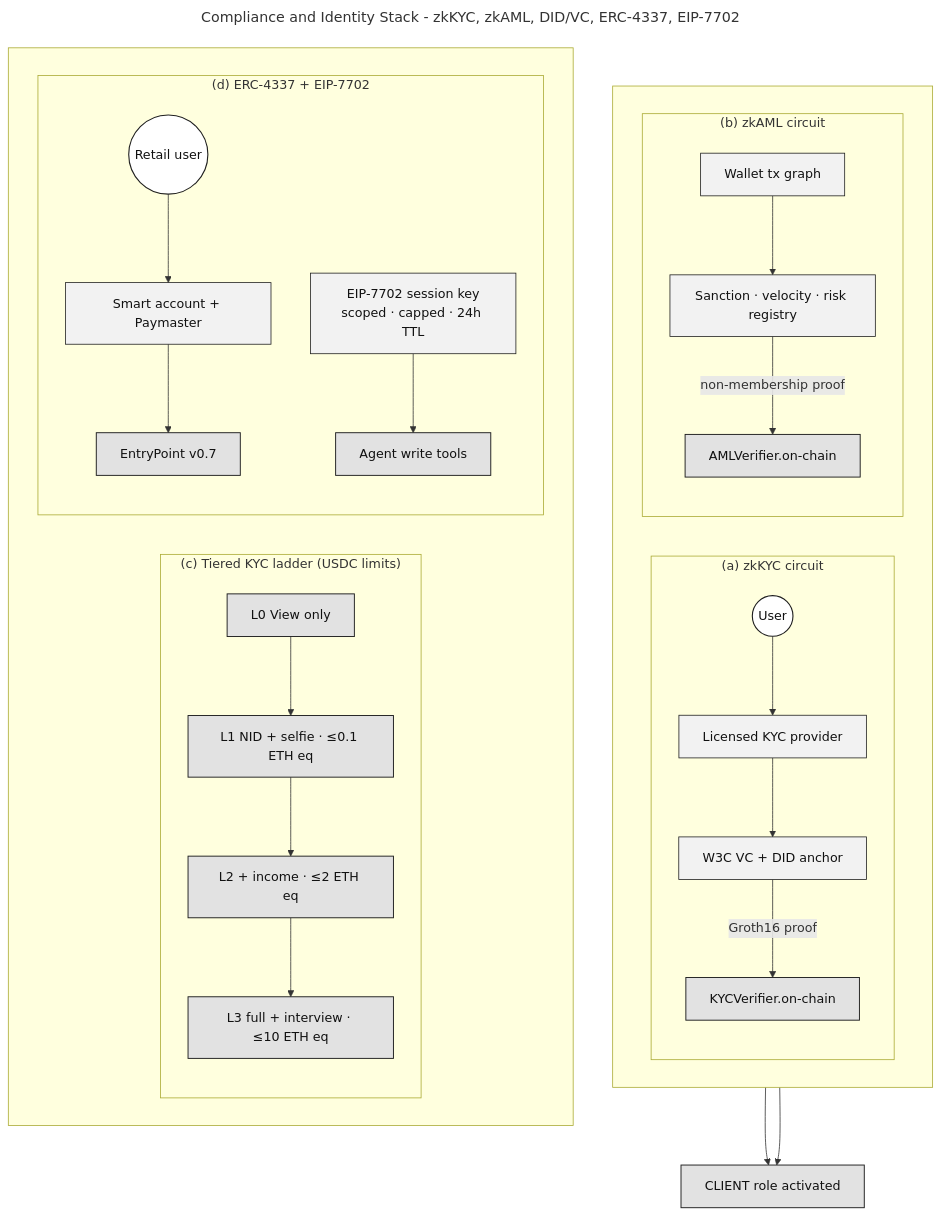
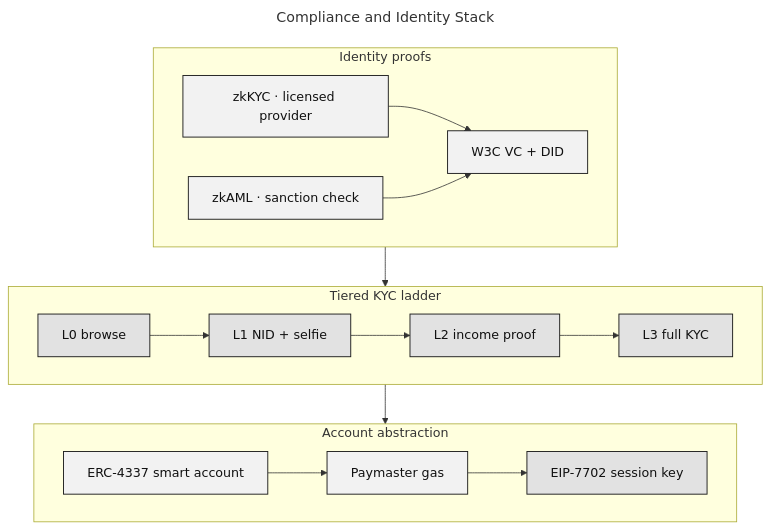
Before and after one commit to Yuvraajrahman/Cryto-World-Bank: the diagram in Documentation/Diagrams/mermaid-src/improved diagrams/fig-compliance-identity.mmd, drawn with Mermaid. The commit also changed 93 other files, not shown here.

First line of the commit message:
Add v30 thesis draft with Chapter 1 Mermaid diagrams and diagram pipeline updates.

```diff
--- a/Documentation/Diagrams/mermaid-src/improved diagrams/fig-compliance-identity.mmd
+++ b/Documentation/Diagrams/mermaid-src/improved diagrams/fig-compliance-identity.mmd
@@ -1,40 +1,34 @@
 ---
-title: Compliance and Identity Stack - zkKYC, zkAML, DID/VC, ERC-4337, EIP-7702
+title: Compliance and Identity Stack
 ---
 flowchart TB
-    classDef actor fill:#FFFFFF,stroke:#1F1F1F,stroke-width:1.4px,color:#111111
-    classDef proc  fill:#F2F2F2,stroke:#1F1F1F,stroke-width:1px,color:#111111
+    classDef step fill:#F2F2F2,stroke:#1F1F1F,stroke-width:1.2px,color:#111111
     classDef chain fill:#E2E2E2,stroke:#1F1F1F,stroke-width:1.2px,color:#111111
 
-    subgraph TOP[" "]
+    subgraph ROW1[" Identity proofs "]
         direction LR
-        subgraph A[" (a) zkKYC circuit "]
-            direction TB
-            U1(("User")):::actor --> ID["Licensed KYC provider"]:::proc
-            ID --> VC["W3C VC + DID anchor"]:::proc
-            VC -- "Groth16 proof" --> KV["KYCVerifier.on-chain"]:::chain
-        end
-        subgraph B[" (b) zkAML circuit "]
-            direction TB
-            W["Wallet tx graph"]:::proc --> AML["Sanction · velocity · risk registry"]:::proc
-            AML -- "non-membership proof" --> AV["AMLVerifier.on-chain"]:::chain
-        end
+        A1["zkKYC · licensed provider"]:::step
+        A2["zkAML · sanction check"]:::step
+        A3["W3C VC + DID"]:::step
+        A1 --> A3
+        A2 --> A3
     end
 
-    subgraph BOT[" "]
+    subgraph ROW2[" Tiered KYC ladder "]
         direction LR
-        subgraph C[" (c) Tiered KYC ladder (USDC limits) "]
-            direction TB
-            L0["L0 View only"]:::chain --> L1["L1 NID + selfie · ≤0.1 ETH eq"]:::chain
-            L1 --> L2["L2 + income · ≤2 ETH eq"]:::chain
-            L2 --> L3["L3 full + interview · ≤10 ETH eq"]:::chain
-        end
-        subgraph D[" (d) ERC-4337 + EIP-7702 "]
-            direction TB
-            U2(("Retail user")):::actor --> AA["Smart account + Paymaster"]:::proc
-            AA --> EP["EntryPoint v0.7"]:::chain
-            SK["EIP-7702 session key<br/>scoped · capped · 24h TTL"]:::proc --> AG["Agent write tools"]:::chain
-        end
+        L0["L0 browse"]:::chain
+        L1["L1 NID + selfie"]:::chain
+        L2["L2 income proof"]:::chain
+        L3["L3 full KYC"]:::chain
+        L0 --> L1 --> L2 --> L3
     end
 
-    KV & AV --> ROLE["CLIENT role activated"]:::chain
+    subgraph ROW3[" Account abstraction "]
+        direction LR
+        AA["ERC-4337 smart account"]:::step
+        PM["Paymaster gas"]:::step
+        SK["EIP-7702 session key"]:::chain
+        AA --> PM --> SK
+    end
+
+    ROW1 --> ROW2 --> ROW3
```
